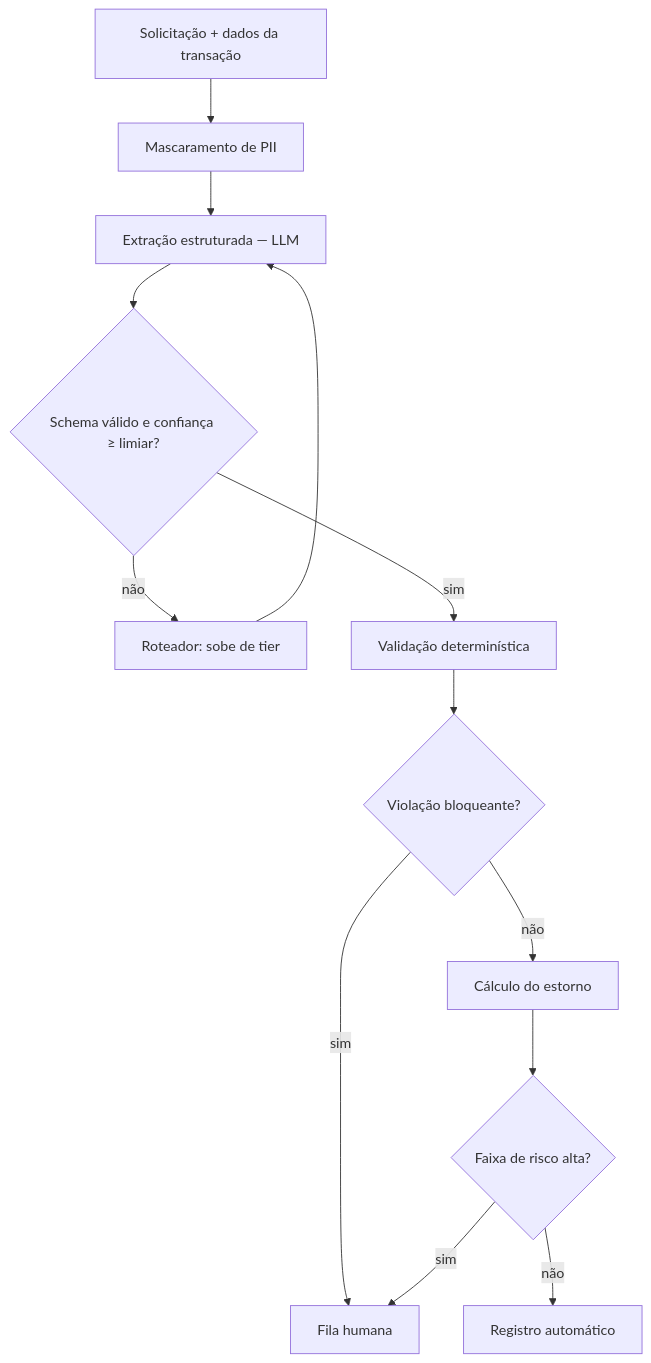
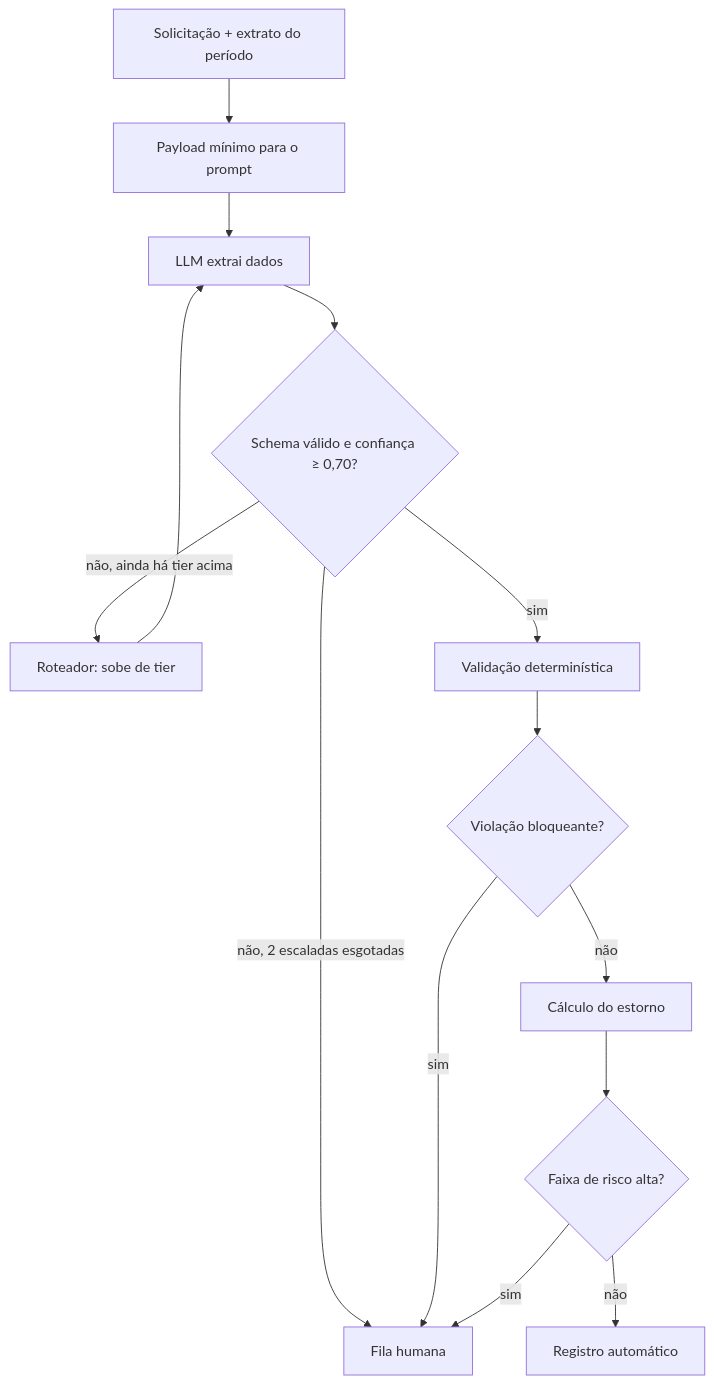
The diagram in README.md (pivosb/voided), drawn with Mermaid before and after one commit. The commit also changed other lines of this file and 9 other files, not shown here.

````diff
--- a/README.md
+++ b/README.md
@@ -46,15 +67,16 @@
 ```mermaid
 flowchart TD
-    A[Solicitação + dados da transação] --> B[Mascaramento de PII]
-    B --> C[Extração estruturada — LLM]
-    C --> D{Schema válido e confiança ≥ limiar?}
-    D -- não --> R[Roteador: sobe de tier]
+    A[Solicitação + extrato do período] --> B[Payload mínimo para o prompt]
+    B --> C[LLM extrai dados]
+    C --> D{Schema válido e confiança ≥ 0,70?}
+    D -- não, ainda há tier acima --> R[Roteador: sobe de tier]
     R --> C
+    D -- não, 2 escaladas esgotadas --> H[Fila humana]
     D -- sim --> E[Validação determinística]
     E --> F{Violação bloqueante?}
-    F -- sim --> H[Fila humana]
+    F -- sim --> H
     F -- não --> G[Cálculo do estorno]
     G --> I{Faixa de risco alta?}
     I -- sim --> H
     I -- não --> J[Registro automático]
 ```
````
